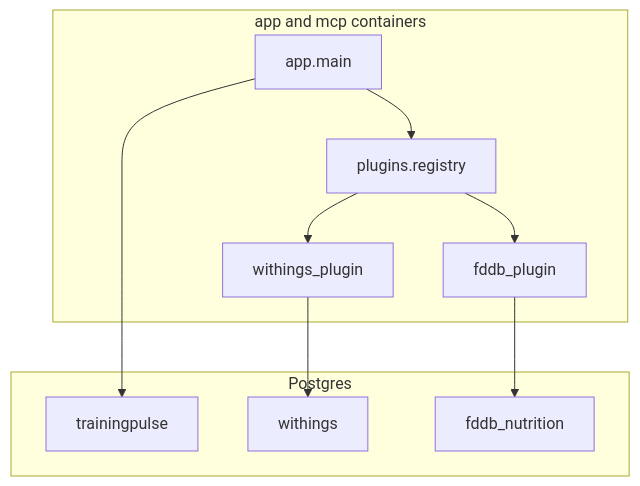
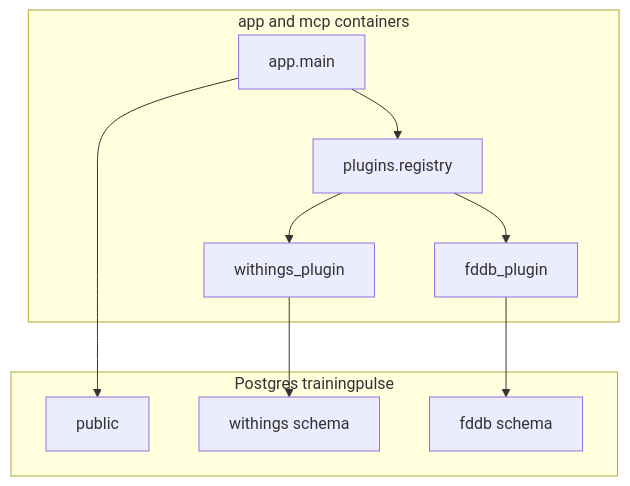
Before and after one commit to mkuf/TrainingPulse: the first of 2 diagrams in DEVELOPERS.md, drawn with Mermaid. The commit also changed other lines of this file and 16 other files, not shown here.

````diff
--- a/DEVELOPERS.md
+++ b/DEVELOPERS.md
@@ -18,18 +18,18 @@
 ```mermaid
 flowchart TB
   subgraph app_container [app and mcp containers]
     Main[app.main]
     Reg[plugins.registry]
     Main --> Reg
     Reg --> Withings[withings_plugin]
     Reg --> Fddb[fddb_plugin]
   end
-  subgraph pg [Postgres]
-    TP[trainingpulse]
-    W[withings]
-    F[fddb_nutrition]
+  subgraph pg [Postgres trainingpulse]
+    Public[public]
+    Wsch[withings schema]
+    Fsch[fddb schema]
   end
-  Main --> TP
-  Withings --> W
-  Fddb --> F
+  Main --> Public
+  Withings --> Wsch
+  Fddb --> Fsch
 ```
````
